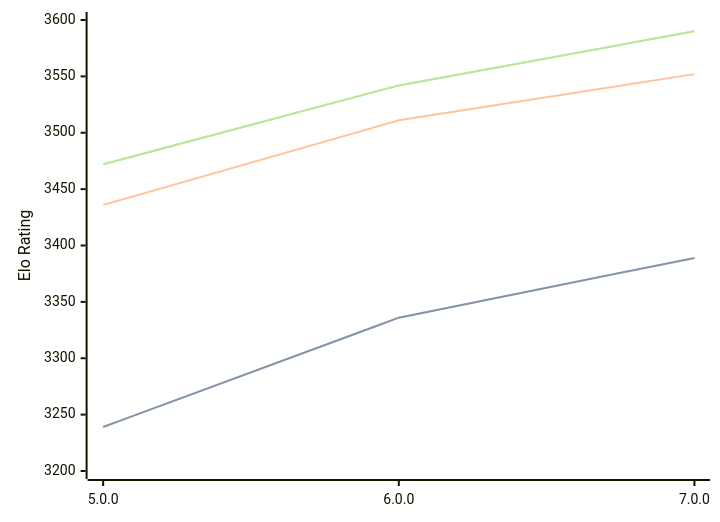
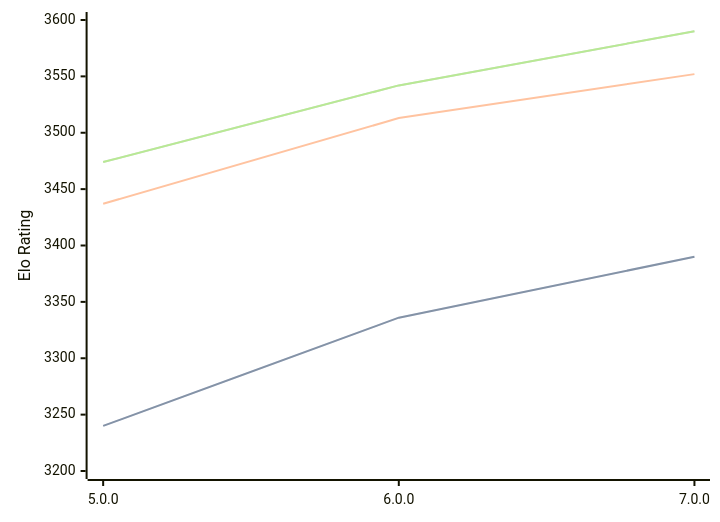
One commit to computer-chess-index/cci changed the diagram in engines/Stormphrax.md. Above: the diagram before and after it, drawn with Mermaid. The commit also changed other lines of this file, not shown here.

Commit message:
Update CCI Ratings (ELO VLTC) - 2026-04-19

````diff
--- a/engines/Stormphrax.md
+++ b/engines/Stormphrax.md
@@ -38,11 +38,11 @@
 ```mermaid
 %%{init: {"theme":"base","themeVariables":{"seriesColors:['#a3a3a3','#222221','#faa371']}}}%%
 xychart-beta
   x-axis ["5.0.0", "6.0.0", "7.0.0"]
   y-axis "Elo Rating" 3200 --> 3600
-  line "STC (8.0+0.08s)" [3239, 3336, 3389]
-  line "STC (8.0+0.08s)" [3239, 3336, 3389]
-  line "LTC (60.0+0.60s)" [3436, 3511, 3552]
-  line "VLTC (2m24s+1.12s)" [3472, 3542, 3590]
-  line "VLTC (2m24s+1.12s)" [3472, 3542, 3590]
+  line "STC (8.0+0.08s)" [3240, 3336, 3390]
+  line "STC (8.0+0.08s)" [3240, 3336, 3390]
+  line "LTC (60.0+0.60s)" [3437, 3513, 3552]
+  line "VLTC (2m24s+1.12s)" [3474, 3542, 3590]
+  line "VLTC (2m24s+1.12s)" [3474, 3542, 3590]
 ```
````
